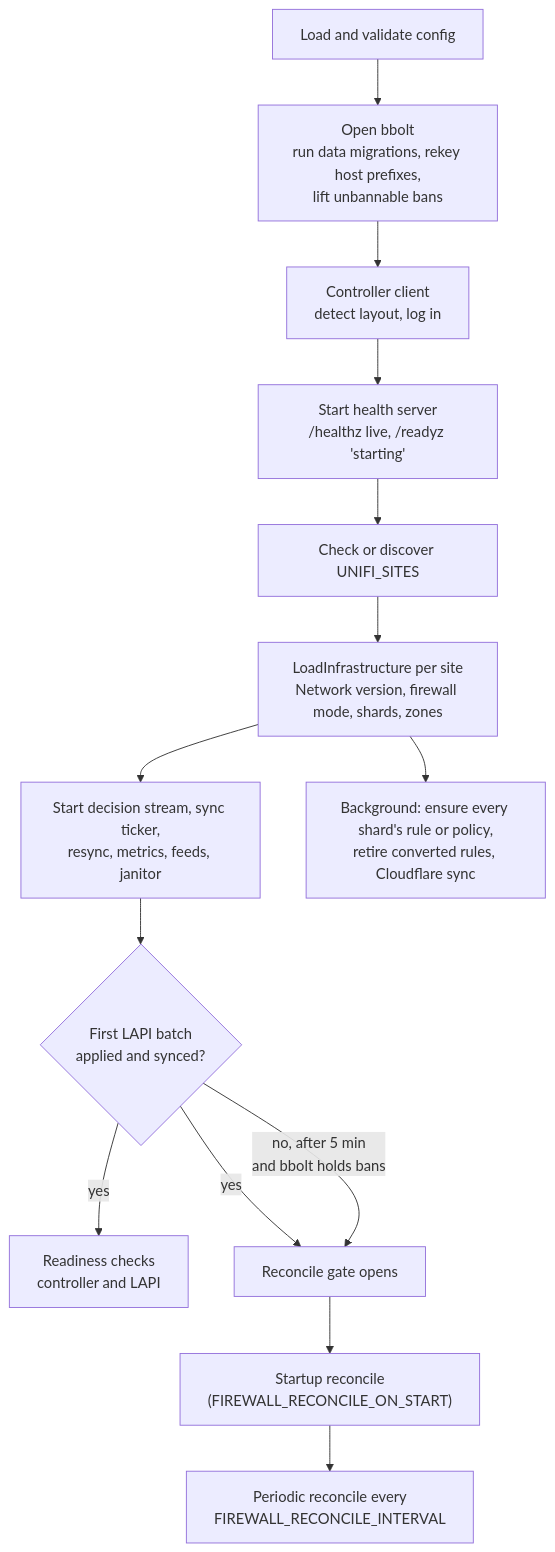
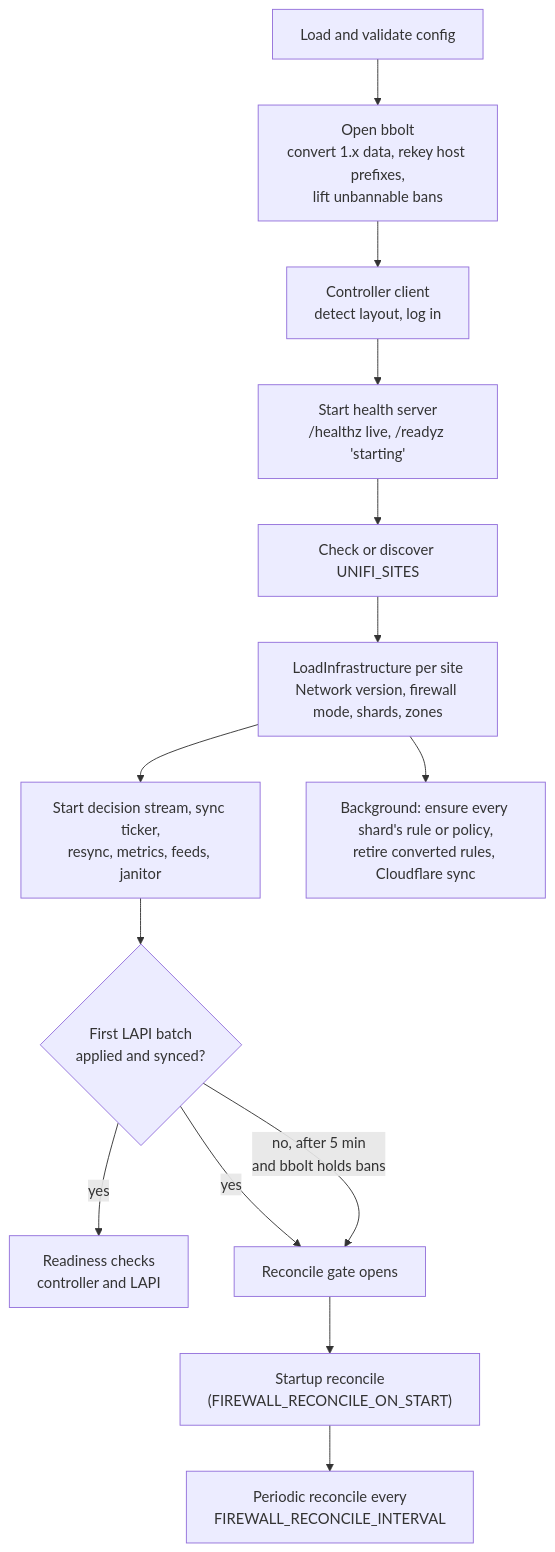
Before and after one commit to developingchet/cs-unifi-bouncer-pro: the second of 10 diagrams in docs/DESIGN.md, drawn with Mermaid. The commit also changed other lines of this file and 14 other files, not shown here.

First line of the commit message:
fix: convert 1.x data every time the database is opened

````diff
--- a/docs/DESIGN.md
+++ b/docs/DESIGN.md
@@ -94,16 +94,16 @@
 ```mermaid
 flowchart TD
-    cfg["Load and validate config"] --> store["Open bbolt<br/>run data migrations, rekey host prefixes,<br/>lift unbannable bans"]
+    cfg["Load and validate config"] --> store["Open bbolt<br/>convert 1.x data, rekey host prefixes,<br/>lift unbannable bans"]
     store --> client["Controller client<br/>detect layout, log in"]
     client --> health["Start health server<br/>/healthz live, /readyz 'starting'"]
     health --> sites["Check or discover UNIFI_SITES"]
     sites --> load["LoadInfrastructure per site<br/>Network version, firewall mode, shards, zones"]
     load --> run["Start decision stream, sync ticker,<br/>resync, metrics, feeds, janitor"]
     load --> repair["Background: ensure every shard's rule or policy,<br/>retire converted rules, Cloudflare sync"]
     run --> batch{"First LAPI batch<br/>applied and synced?"}
     batch -->|yes| ready["Readiness checks<br/>controller and LAPI"]
     batch -->|yes| gate["Reconcile gate opens"]
     batch -->|"no, after 5 min<br/>and bbolt holds bans"| gate
     gate --> startupRec["Startup reconcile<br/>(FIREWALL_RECONCILE_ON_START)"]
     startupRec --> periodic["Periodic reconcile every<br/>FIREWALL_RECONCILE_INTERVAL"]
 ```
````
